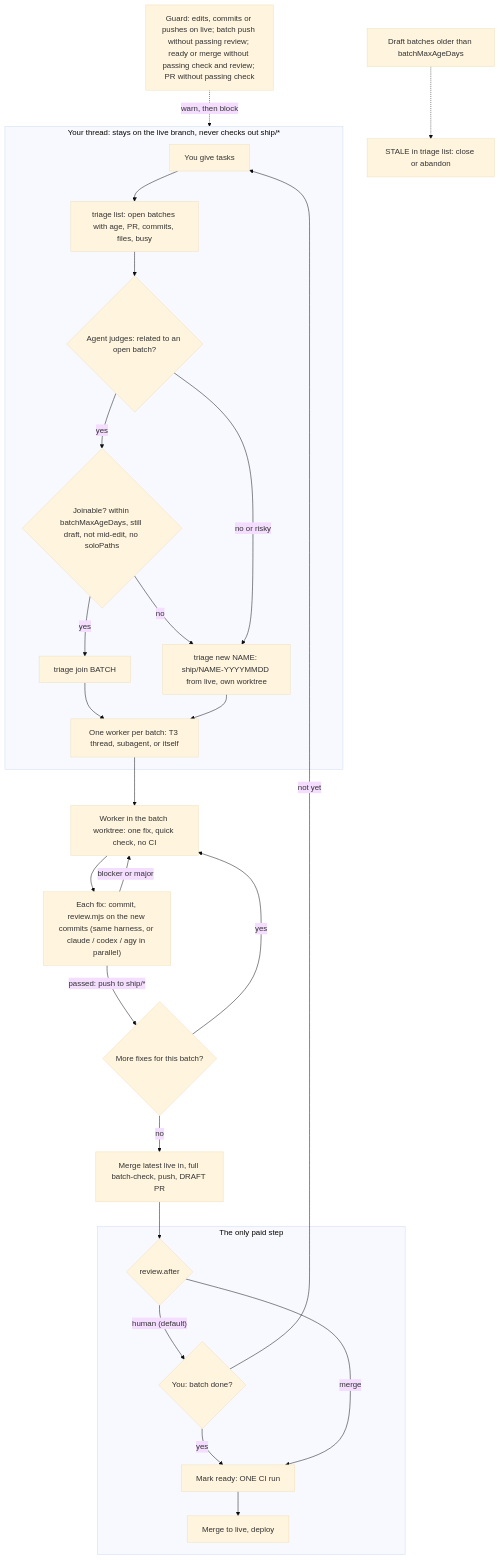
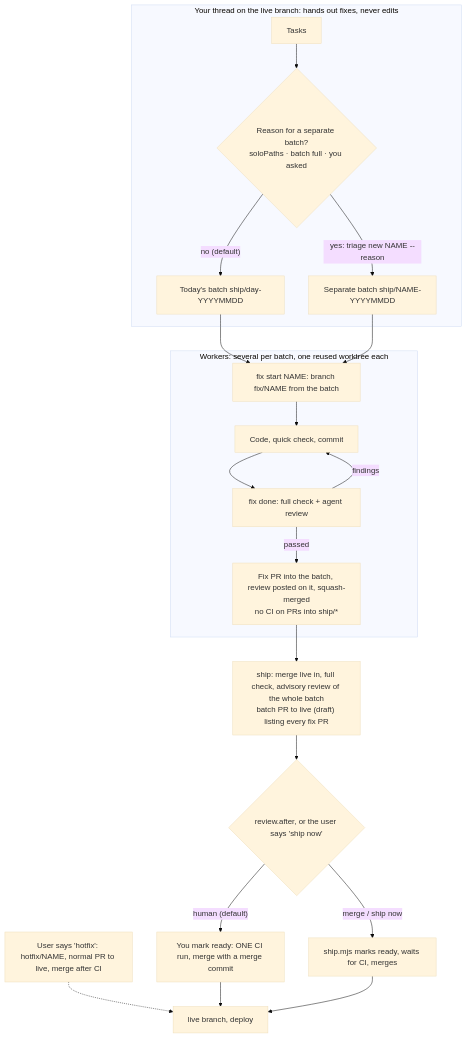
One commit to klovr-co/batchship changed the diagram in README.md. Above: the diagram before and after it, drawn with Mermaid (base theme). The commit also changed other lines of this file and 17 other files, not shown here.

````diff
--- a/README.md
+++ b/README.md
@@ -31,28 +33,23 @@
 ```mermaid
 flowchart TD
-    subgraph HOME["Your thread: stays on the live branch, never checks out ship/*"]
-        U["You give tasks"] --> L["triage list: open batches with age, PR, commits, files, busy"]
-        L --> J{"Agent judges: related to an open batch?"}
-        J -- "yes" --> CHK{"Joinable? within batchMaxAgeDays, still draft, not mid-edit, no soloPaths"}
-        CHK -- "yes" --> JO["triage join BATCH"]
-        CHK -- "no" --> NE
-        J -- "no or risky" --> NE["triage new NAME: ship/NAME-YYYYMMDD from live, own worktree"]
-        JO --> D["One worker per batch: T3 thread, subagent, or itself"]
-        NE --> D
+    subgraph HOME["Your thread on the live branch: hands out fixes, never edits"]
+        T["Tasks"] --> R{"Reason for a separate batch?<br/>soloPaths · batch full · you asked"}
+        R -- "no (default)" --> TB["Today's batch ship/day-YYYYMMDD"]
+        R -- "yes: triage new NAME --reason" --> SB["Separate batch ship/NAME-YYYYMMDD"]
     end
-    D --> W["Worker in the batch worktree: one fix, quick check, no CI"]
-    W --> RV["Each fix: commit, review.mjs on the new commits (same harness, or claude / codex / agy in parallel)"]
-    RV -- "blocker or major" --> W
-    RV -- "passed: push to ship/*" --> MORE{"More fixes for this batch?"}
-    MORE -- "yes" --> W
-    MORE -- "no" --> K["Merge latest live in, full batch-check, push, DRAFT PR"]
-    K --> A{"review.after"}
-    A -- "human (default)" --> H{"You: batch done?"}
-    H -- "not yet" --> U
-    subgraph YOU["The only paid step"]
-        H -- "yes" --> R["Mark ready: ONE CI run"] --> M["Merge to live, deploy"]
-        A -- "merge" --> R
+    TB --> FS
+    SB --> FS
+    subgraph W["Workers: several per batch, one reused worktree each"]
+        FS["fix start NAME: branch fix/NAME from the batch"] --> C["Code, quick check, commit"]
+        C --> FD["fix done: full check + agent review"]
+        FD -- "findings" --> C
+        FD -- "passed" --> PR["Fix PR into the batch, review posted on it, squash-merged<br/>no CI on PRs into ship/*"]
     end
-    G["Guard: edits, commits or pushes on live; batch push without passing review; ready or merge without passing check and review; PR without passing check"] -. "warn, then block" .-> HOME
-    S["Draft batches older than batchMaxAgeDays"] -.-> X["STALE in triage list: close or abandon"]
+    PR --> SH["ship: merge live in, full check, advisory review of the whole batch<br/>batch PR to live (draft) listing every fix PR"]
+    SH --> A{"review.after, or the user says 'ship now'"}
+    A -- "human (default)" --> Y["You mark ready: ONE CI run, merge with a merge commit"]
+    A -- "merge / ship now" --> AU["ship.mjs marks ready, waits for CI, merges"]
+    HF["User says 'hotfix': hotfix/NAME, normal PR to live, merge after CI"] -.-> LIVE["live branch, deploy"]
+    Y --> LIVE
+    AU --> LIVE
 ```
````
